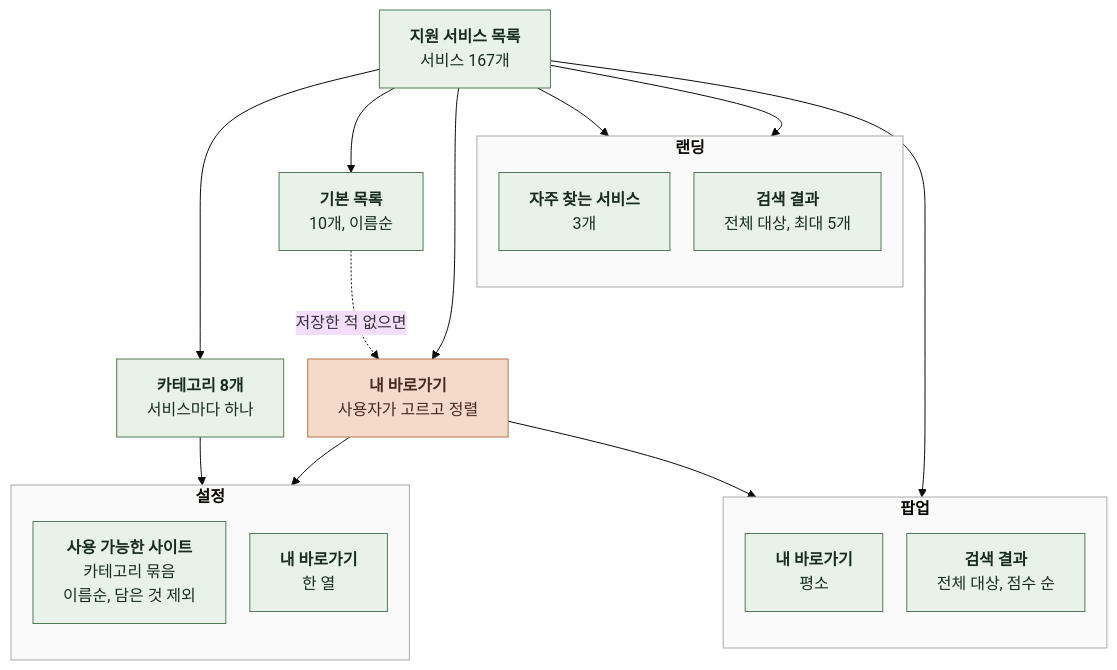
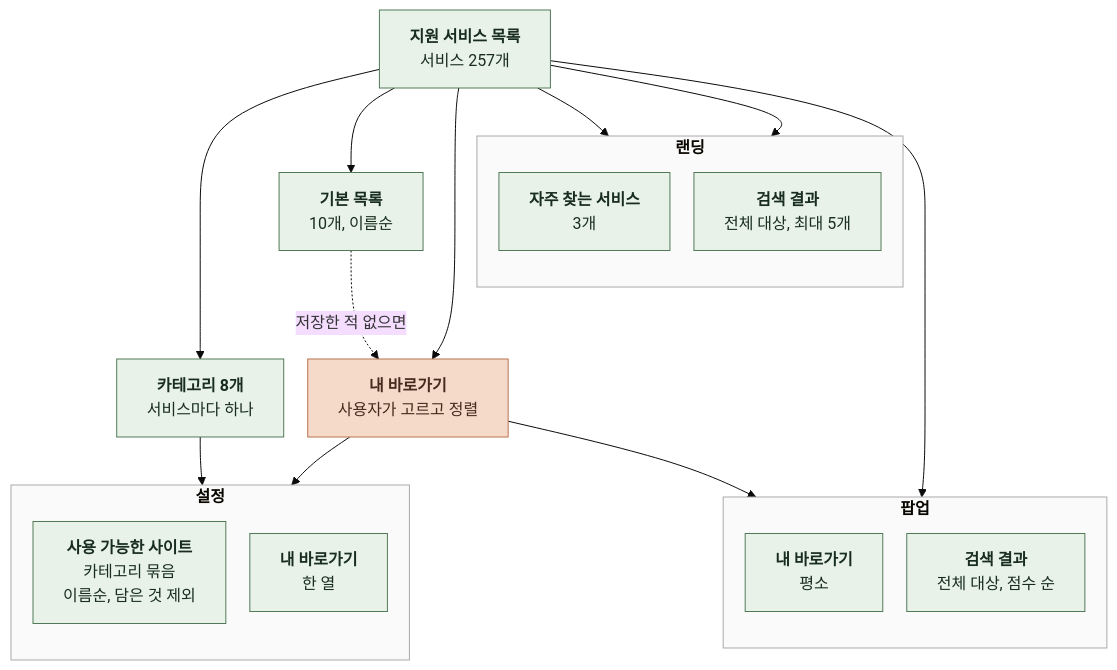
The diagram in docs/spec/3-INFORMATION-ARCHITECTURE.md (kangkyunghyun/LinKHU), drawn with Mermaid (base theme) before and after one commit. The commit also changed other lines of this file and 460 other files, not shown here.

````diff
--- a/docs/spec/3-INFORMATION-ARCHITECTURE.md
+++ b/docs/spec/3-INFORMATION-ARCHITECTURE.md
@@ -7,48 +7,48 @@
 ```mermaid
 %%{init: {"flowchart": {"curve": "basis", "nodeSpacing": 24, "rankSpacing": 48}}}%%
 flowchart TB
     D["`**지원 서비스 목록**
-서비스 167개`"]
+서비스 257개`"]
     D --> C["`**카테고리 8개**
 서비스마다 하나`"]
     D --> B["`**기본 목록**
 10개, 이름순`"]
     D --> U["`**내 바로가기**
 사용자가 고르고 정렬`"]
     B -.->|"`저장한 적 없으면`"| U
     subgraph P["`**팝업**`"]
         direction TB
         P1["`**내 바로가기**
 평소`"]
         P2["`**검색 결과**
 전체 대상, 점수 순`"]
     end
     subgraph O["`**설정**`"]
         direction TB
         O1["`**사용 가능한 사이트**
 카테고리 묶음
 이름순, 담은 것 제외`"]
         O2["`**내 바로가기**
 한 열`"]
     end
     subgraph L["`**랜딩**`"]
         direction TB
         L1["`**자주 찾는 서비스**
 3개`"]
         L2["`**검색 결과**
 전체 대상, 최대 5개`"]
     end
     U --> P1
     U --> O2
     C --> O1
     D --> P2
     D --> L1
     D --> L2
     classDef comp fill:#E8F2E8,stroke:#527A59,color:#182D1D
     classDef store fill:#F5D9C9,stroke:#B97450,color:#452B1D
     class D,C,B,P1,P2,O1,O2,L1,L2 comp
     class U store
     style P fill:#FAFAFA,stroke:#AAAAAA
     style O fill:#FAFAFA,stroke:#AAAAAA
     style L fill:#FAFAFA,stroke:#AAAAAA
 ```
````
